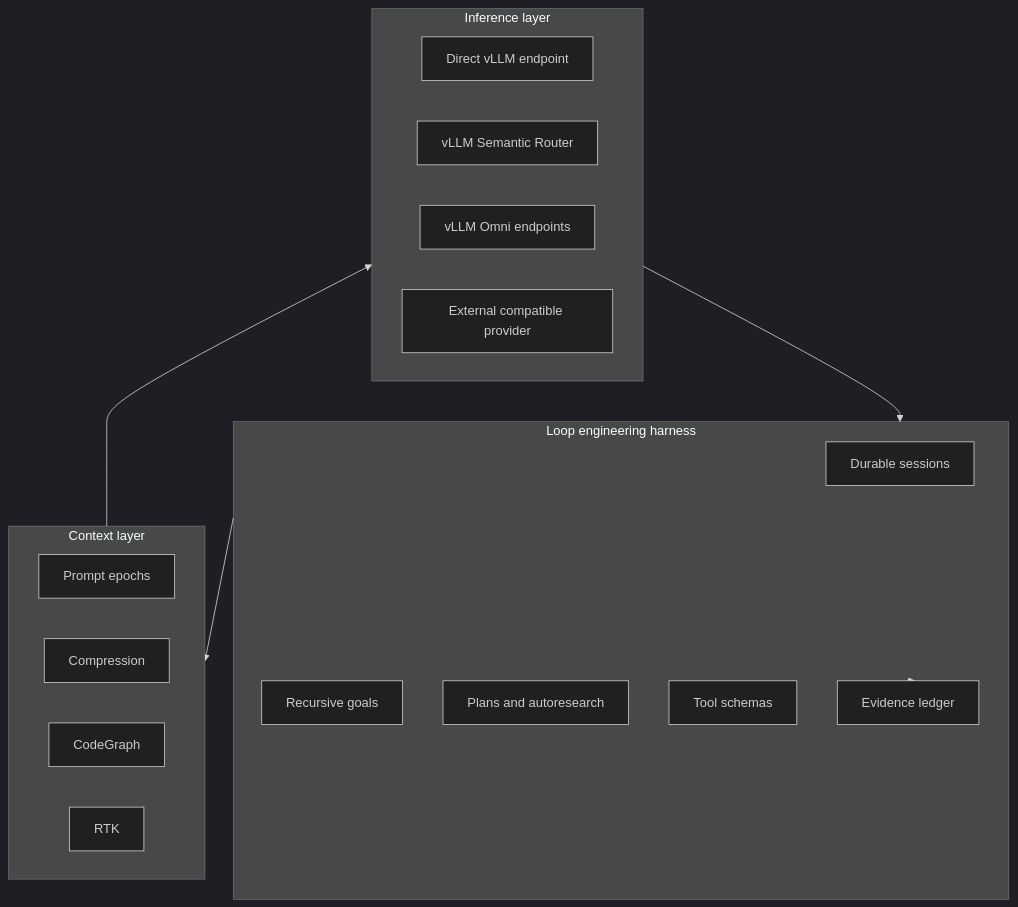
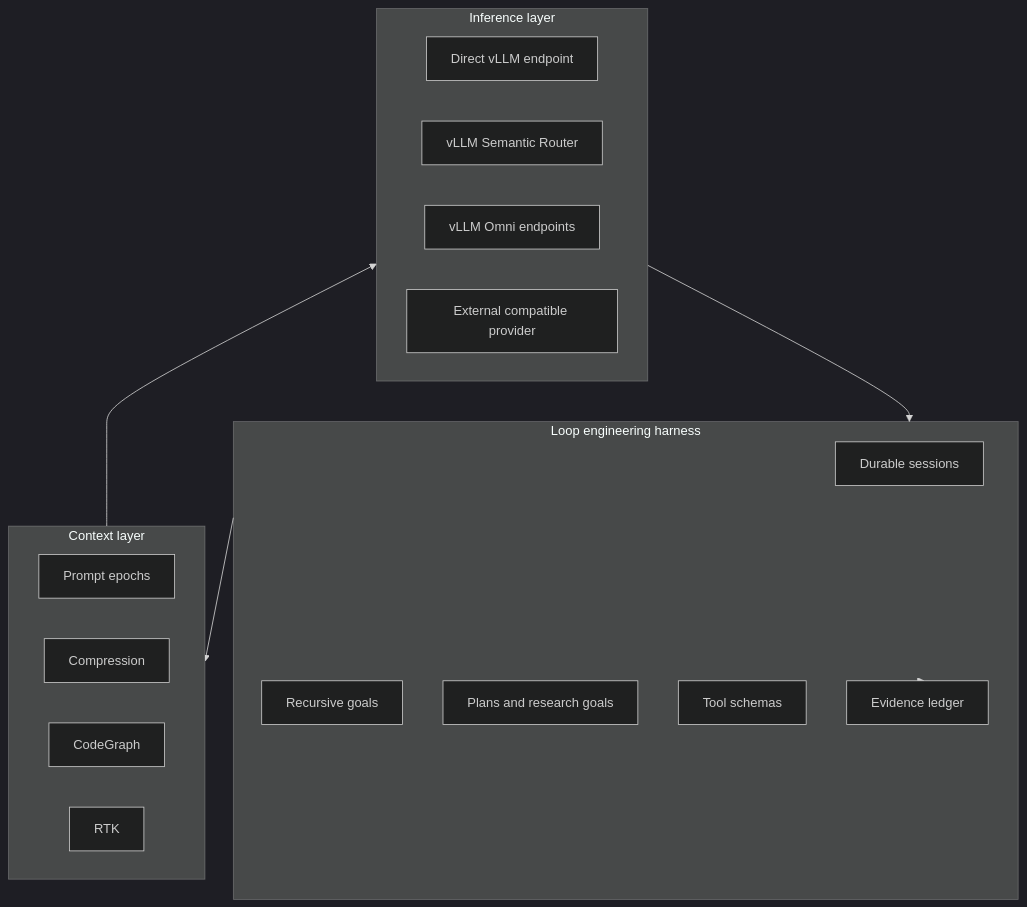
One commit to FAUST-BENCHOU/inferoa changed the diagram in website/docs/architecture.md. Above: the diagram before and after it, drawn with Mermaid (dark theme). The commit also changed other lines of this file and 36 other files, not shown here.

````diff
--- a/website/docs/architecture.md
+++ b/website/docs/architecture.md
@@ -8,29 +8,29 @@
 ```mermaid
 flowchart TB
   subgraph Harness["Loop engineering harness"]
     Sessions["Durable sessions"]
     Goals["Recursive goals"]
-    Plans["Plans and autoresearch"]
+    Plans["Plans and research goals"]
     Tools["Tool schemas"]
     Evidence["Evidence ledger"]
   end
 
   subgraph Context["Context layer"]
     Epochs["Prompt epochs"]
     Compression["Compression"]
     CodeGraph["CodeGraph"]
     RTK["RTK"]
   end
 
   subgraph Inference["Inference layer"]
     Direct["Direct vLLM endpoint"]
     Router["vLLM Semantic Router"]
     Omni["vLLM Omni endpoints"]
     External["External compatible provider"]
   end
 
   Harness --> Context
   Context --> Inference
   Inference --> Harness
   Harness --> Evidence
 ```
````
